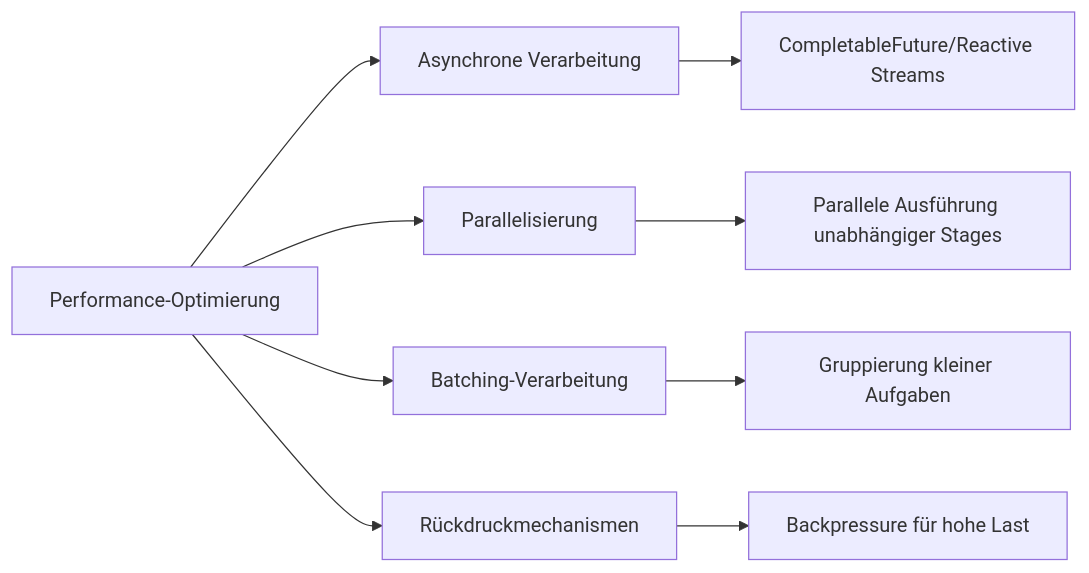
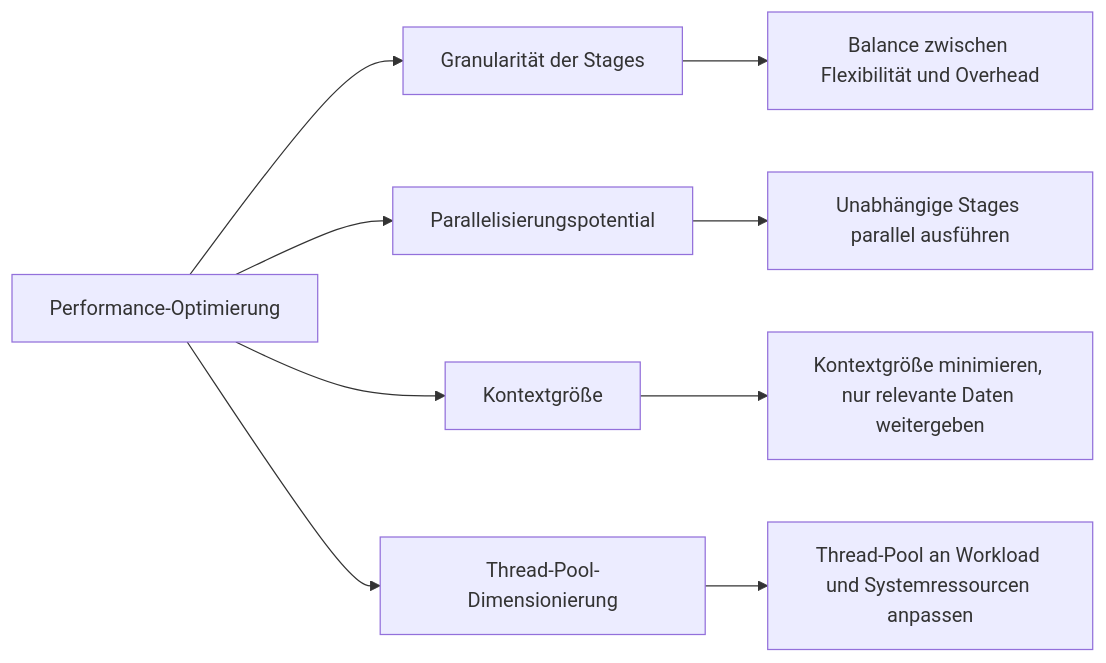
Before and after one commit to scimbe/VS_Pattern_By_KI: the ninth of 13 diagrams in Pipeline/docs/IMPLEMENTATION_GUIDE.md, drawn with Mermaid. The commit also changed other lines of this file and 19 other files, not shown here.

````diff
--- a/Pipeline/docs/IMPLEMENTATION_GUIDE.md
+++ b/Pipeline/docs/IMPLEMENTATION_GUIDE.md
@@ -135,12 +153,12 @@
 ```mermaid
 graph LR
-    A[Performance-Optimierung] --> B[Asynchrone Verarbeitung]
-    A --> C[Parallelisierung]
-    A --> D[Batching-Verarbeitung]
-    A --> E[Rückdruckmechanismen]
+    A[Performance-Optimierung] --> B[Granularität der Stages]
+    A --> C[Parallelisierungspotential]
+    A --> D[Kontextgröße]
+    A --> E[Thread-Pool-Dimensionierung]
     
-    B --> B1[CompletableFuture/Reactive Streams]
-    C --> C1[Parallele Ausführung unabhängiger Stages]
-    D --> D1[Gruppierung kleiner Aufgaben]
-    E --> E1[Backpressure für hohe Last]
+    B --> B1[Balance zwischen Flexibilität und Overhead]
+    C --> C1[Unabhängige Stages parallel ausführen]
+    D --> D1[Kontextgröße minimieren, nur relevante Daten weitergeben]
+    E --> E1[Thread-Pool an Workload und Systemressourcen anpassen]
 ```
````
